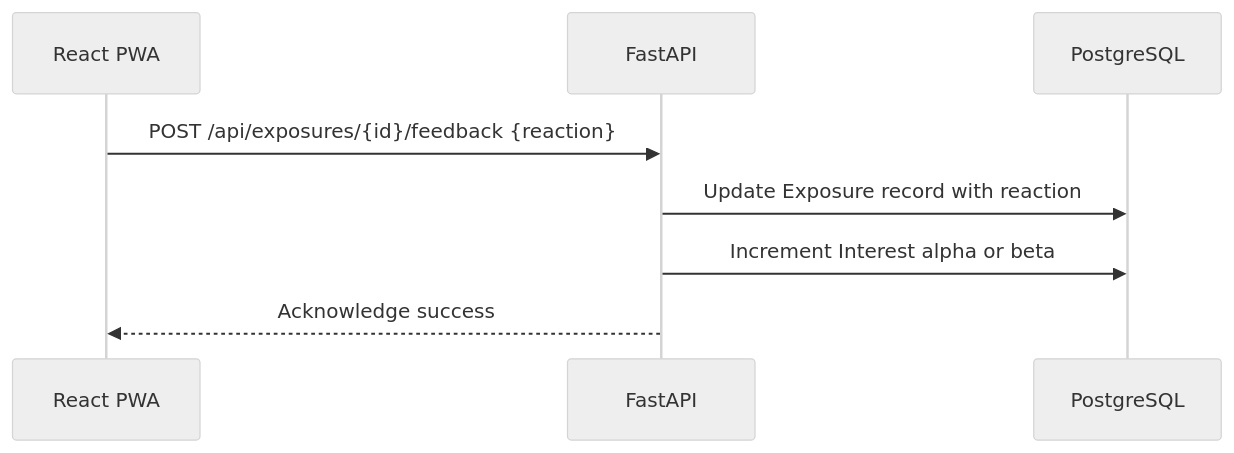
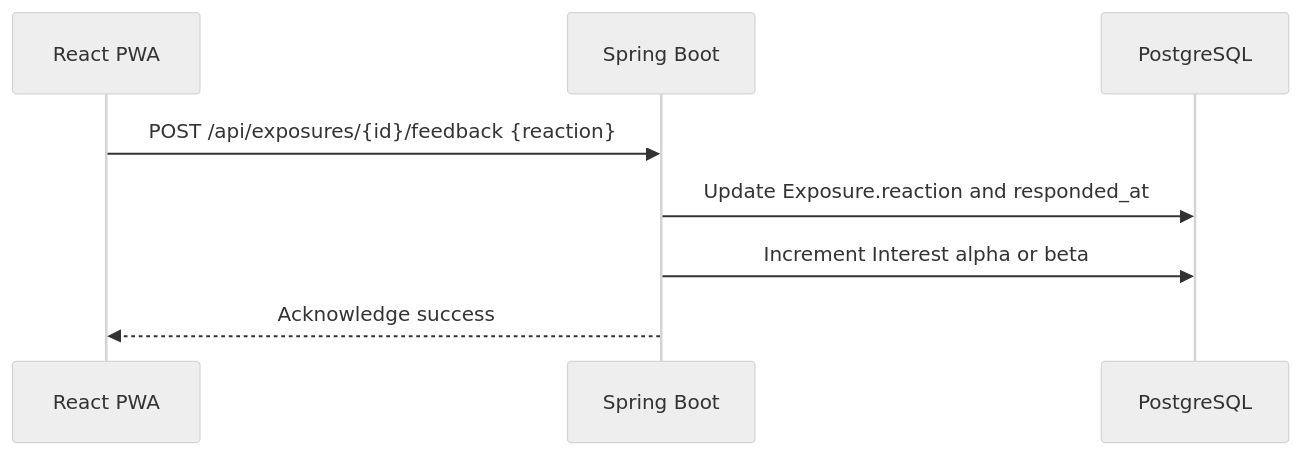
One commit to VishalWadg/Rekindle changed the fourth of 4 diagrams in docs/architecture.md. Above: the diagram before and after it, drawn with Mermaid (neutral theme). The commit also changed other lines of this file and 33 other files, not shown here.

Commit message:
feat(backend): pivot to java spring boot with jpa entities, flyway migration, and repositories

````diff
--- a/docs/architecture.md
+++ b/docs/architecture.md
@@ -132,11 +147,11 @@
 ```mermaid
 sequenceDiagram
     participant App as React PWA
-    participant API as FastAPI
+    participant API as Spring Boot
     participant DB as PostgreSQL
 
     App->>API: POST /api/exposures/{id}/feedback {reaction}
-    API->>DB: Update Exposure record with reaction
+    API->>DB: Update Exposure.reaction and responded_at
     API->>DB: Increment Interest alpha or beta
     API-->>App: Acknowledge success
 ```
````
